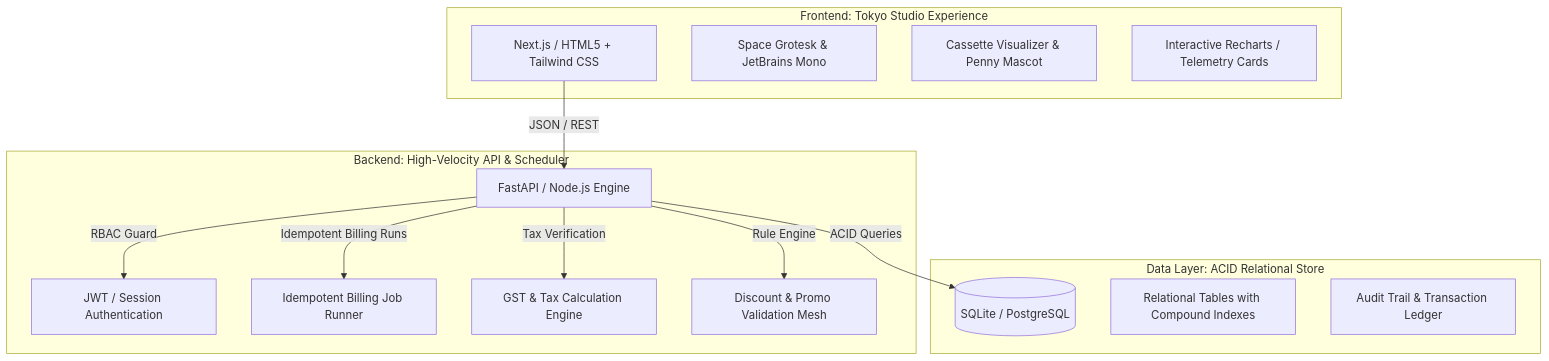
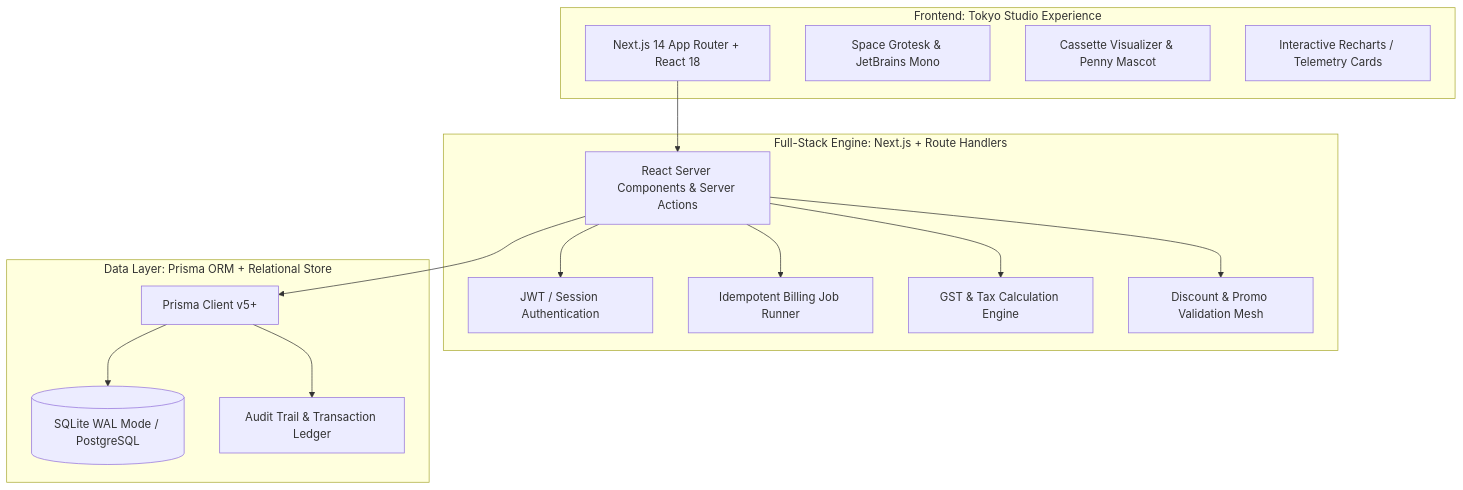
Before and after one commit to advaithspillai3009/Subscription_Management_System: the diagram in README.md, drawn with Mermaid. The commit also changed other lines of this file and 17 other files, not shown here.

Commit message:
docs: finalize Next.js 14 stack, team roster, and multi-contributor workflow

````diff
--- a/README.md
+++ b/README.md
@@ -80,30 +69,32 @@
 ```mermaid
 graph TD
     subgraph Client ["Frontend: Tokyo Studio Experience"]
-        A[Next.js / HTML5 + Tailwind CSS]
+        A[Next.js 14 App Router + React 18]
         B[Space Grotesk & JetBrains Mono]
         C[Cassette Visualizer & Penny Mascot]
         D[Interactive Recharts / Telemetry Cards]
     end
 
-    subgraph Server ["Backend: High-Velocity API & Scheduler"]
-        E[FastAPI / Node.js Engine]
+    subgraph Server ["Full-Stack Engine: Next.js + Route Handlers"]
+        E[React Server Components & Server Actions]
         F[JWT / Session Authentication]
         G[Idempotent Billing Job Runner]
         H[GST & Tax Calculation Engine]
         I[Discount & Promo Validation Mesh]
     end
 
-    subgraph Persistence ["Data Layer: ACID Relational Store"]
-        J[(SQLite / PostgreSQL)]
-        K[Relational Tables with Compound Indexes]
+    subgraph Persistence ["Data Layer: Prisma ORM + Relational Store"]
+        J[Prisma Client v5+]
+        K[(SQLite WAL Mode / PostgreSQL)]
         L[Audit Trail & Transaction Ledger]
     end
 
-    A -->|JSON / REST| E
-    E -->|RBAC Guard| F
-    E -->|Idempotent Billing Runs| G
-    E -->|Tax Verification| H
-    E -->|Rule Engine| I
-    E -->|ACID Queries| J
+    A --> E
+    E --> F
+    E --> G
+    E --> H
+    E --> I
+    E --> J
+    J --> K
+    J --> L
 ```
````
